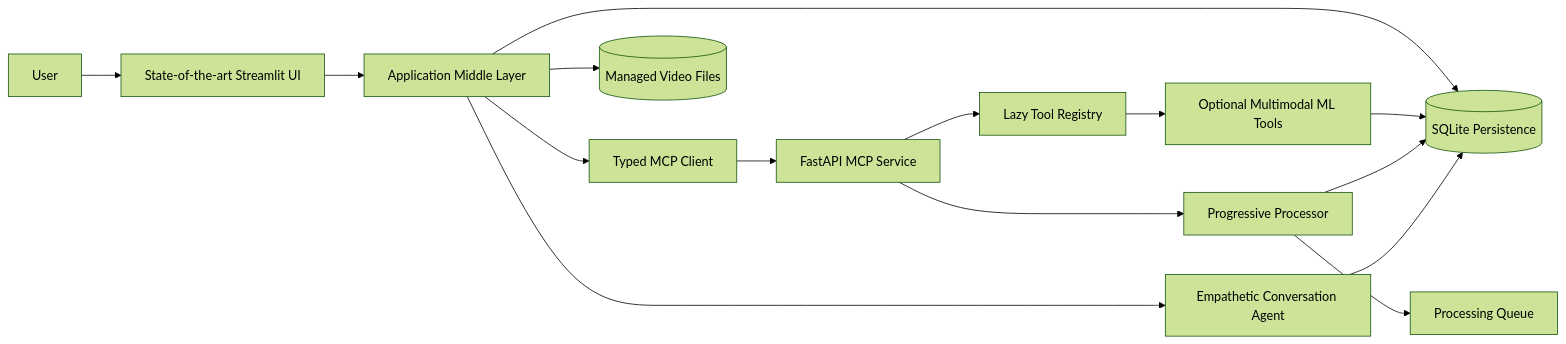
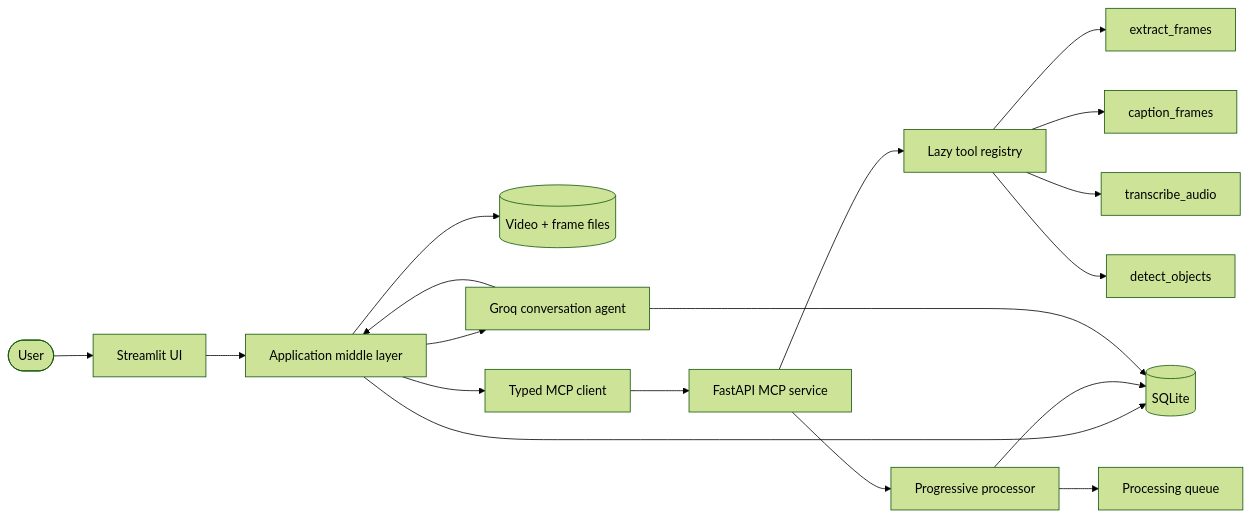
One commit to Alexi5000/Bri changed the diagram in README.md. Above: the diagram before and after it, drawn with Mermaid (forest theme). The commit also changed other lines of this file, not shown here.

````diff
--- a/README.md
+++ b/README.md
@@ -36,17 +89,20 @@
 ```mermaid
 flowchart LR
-    User[User] --> UI[State-of-the-art Streamlit UI]
-    UI --> Middle[Application Middle Layer]
-    Middle --> MCPClient[Typed MCP Client]
-    Middle --> DB[(SQLite Persistence)]
-    Middle --> Store[(Managed Video Files)]
-    MCPClient --> API[FastAPI MCP Service]
-    API --> Registry[Lazy Tool Registry]
-    Registry --> Tools[Optional Multimodal ML Tools]
-    Tools --> DB
-    API --> Processor[Progressive Processor]
-    Processor --> Queue[Processing Queue]
-    Processor --> DB
-    Middle --> Agent[Empathetic Conversation Agent]
-    Agent --> DB
+  User([User]) --> UI[Streamlit UI]
+  UI --> Middle[Application middle layer]
+  Middle --> DB[(SQLite)]
+  Middle --> Store[(Video + frame files)]
+  Middle --> Client[Typed MCP client]
+  Client --> API[FastAPI MCP service]
+  API --> Registry[Lazy tool registry]
+  Registry --> Frames[extract_frames]
+  Registry --> Captions[caption_frames]
+  Registry --> Audio[transcribe_audio]
+  Registry --> Objects[detect_objects]
+  API --> Processor[Progressive processor]
+  Processor --> Queue[Processing queue]
+  Processor --> DB
+  Middle --> Agent[Groq conversation agent]
+  Agent --> DB
+  Agent --> Middle
 ```
````
